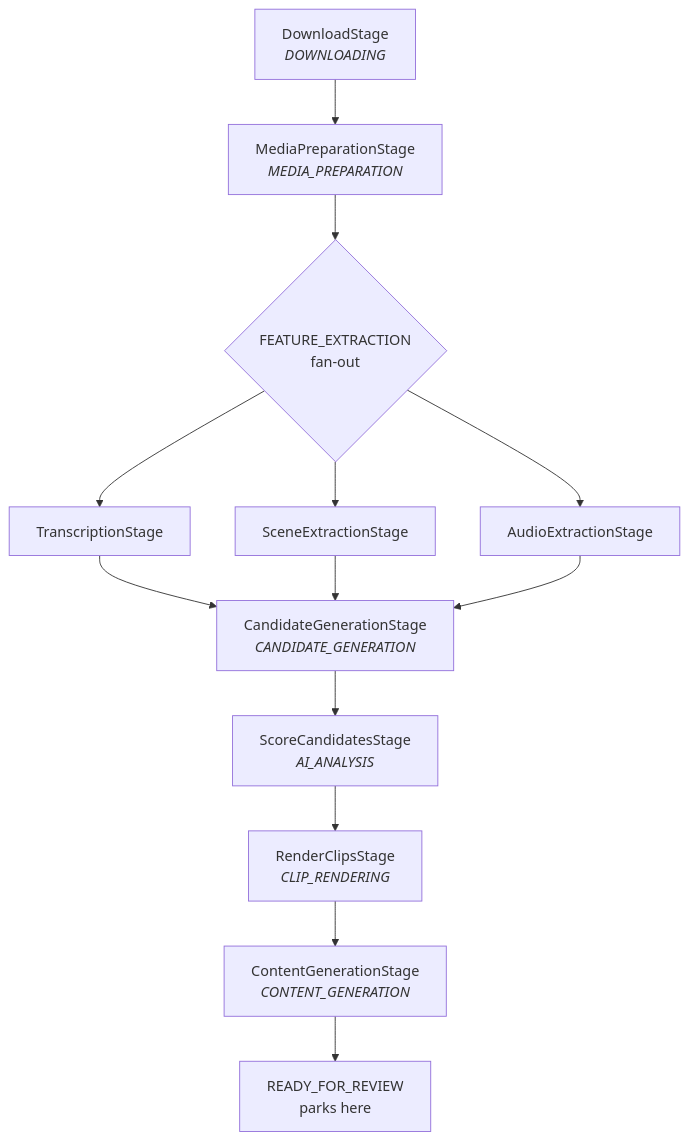
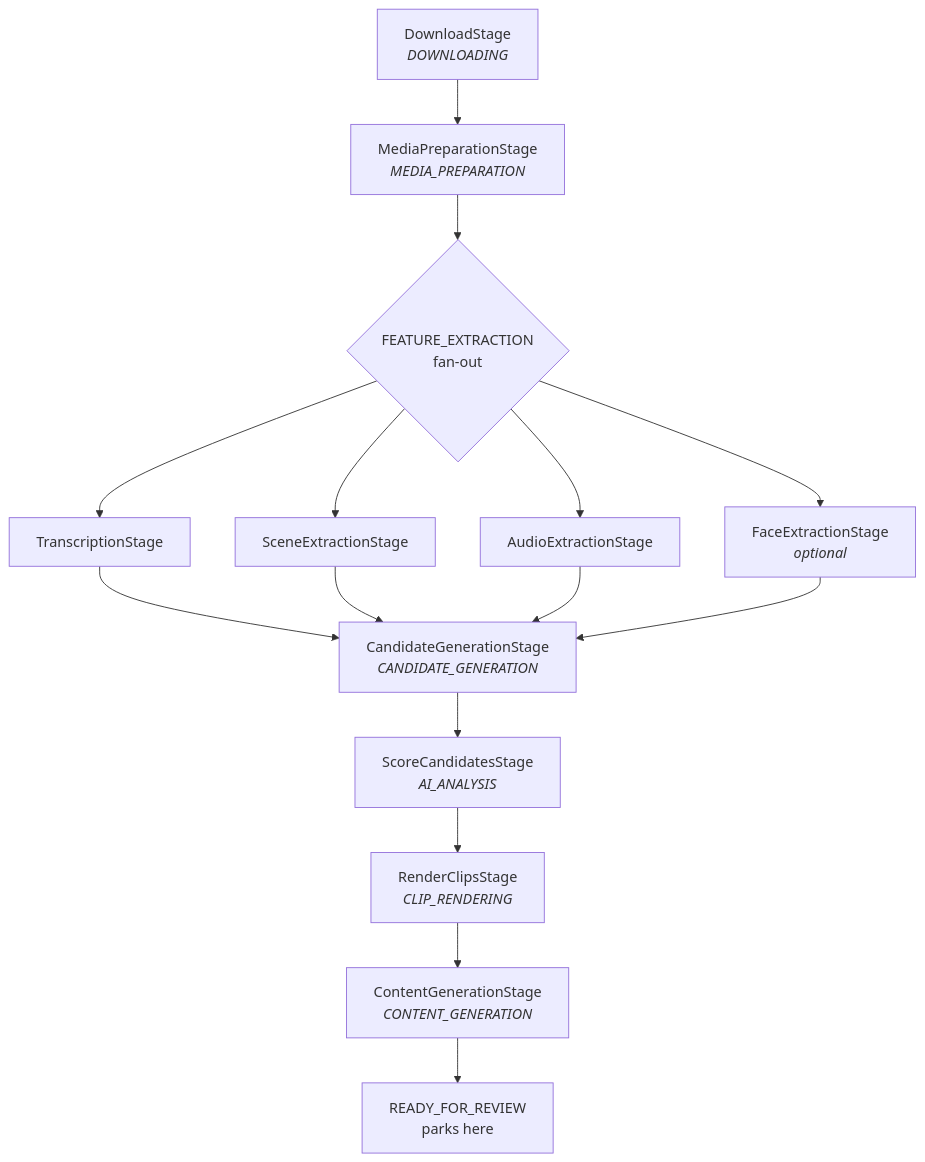
Before and after one commit to dashaun-ai/kirinuki: the second of 3 diagrams in docs/ARCHITECTURE.md, drawn with Mermaid. The commit also changed other lines of this file and 24 other files, not shown here.

````diff
--- a/docs/ARCHITECTURE.md
+++ b/docs/ARCHITECTURE.md
@@ -147,13 +148,14 @@
 ```mermaid
 flowchart TD
     A["DownloadStage<br/><i>DOWNLOADING</i>"] --> B["MediaPreparationStage<br/><i>MEDIA_PREPARATION</i>"]
     B --> C{"FEATURE_EXTRACTION<br/>fan-out"}
     C --> D1["TranscriptionStage"]
     C --> D2["SceneExtractionStage"]
     C --> D3["AudioExtractionStage"]
-    D1 & D2 & D3 --> E["CandidateGenerationStage<br/><i>CANDIDATE_GENERATION</i>"]
+    C --> D4["FaceExtractionStage<br/><i>optional</i>"]
+    D1 & D2 & D3 & D4 --> E["CandidateGenerationStage<br/><i>CANDIDATE_GENERATION</i>"]
     E --> F["ScoreCandidatesStage<br/><i>AI_ANALYSIS</i>"]
     F --> G["RenderClipsStage<br/><i>CLIP_RENDERING</i>"]
     G --> H["ContentGenerationStage<br/><i>CONTENT_GENERATION</i>"]
     H --> I["READY_FOR_REVIEW<br/>parks here"]
 ```
````
